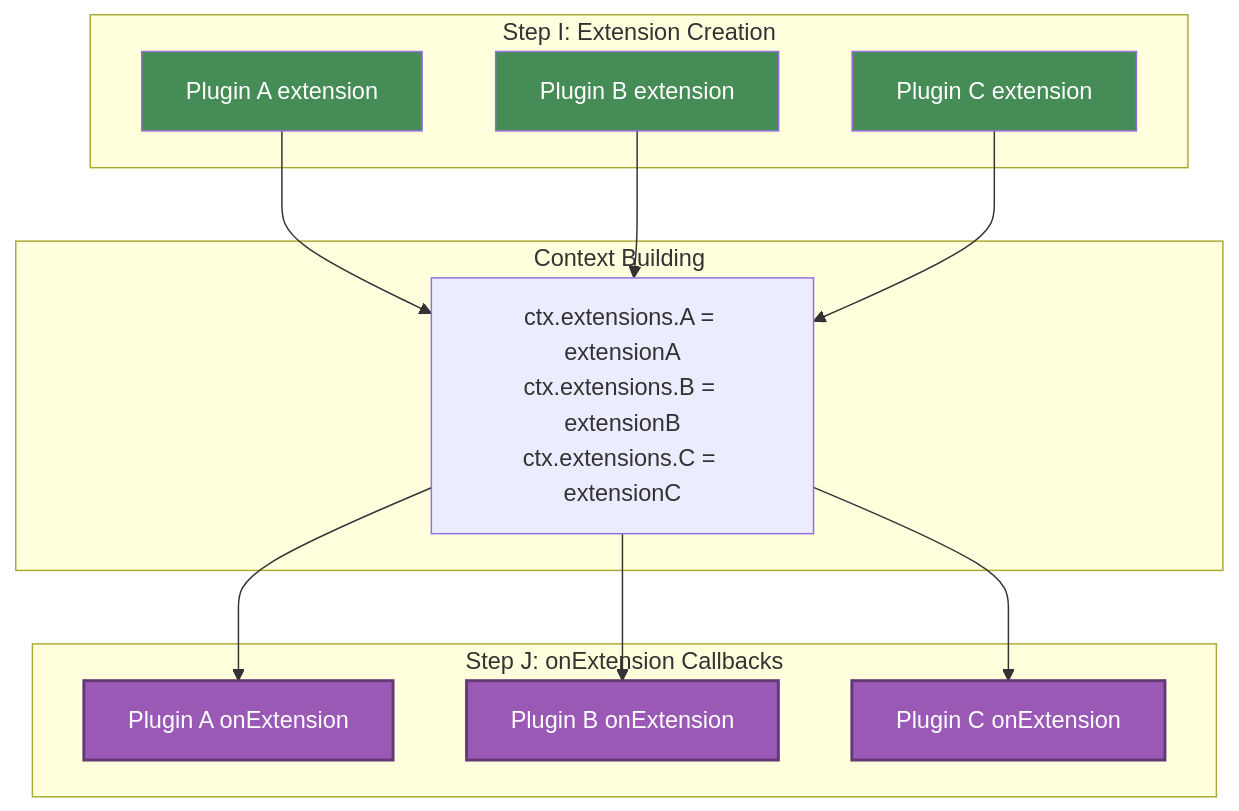
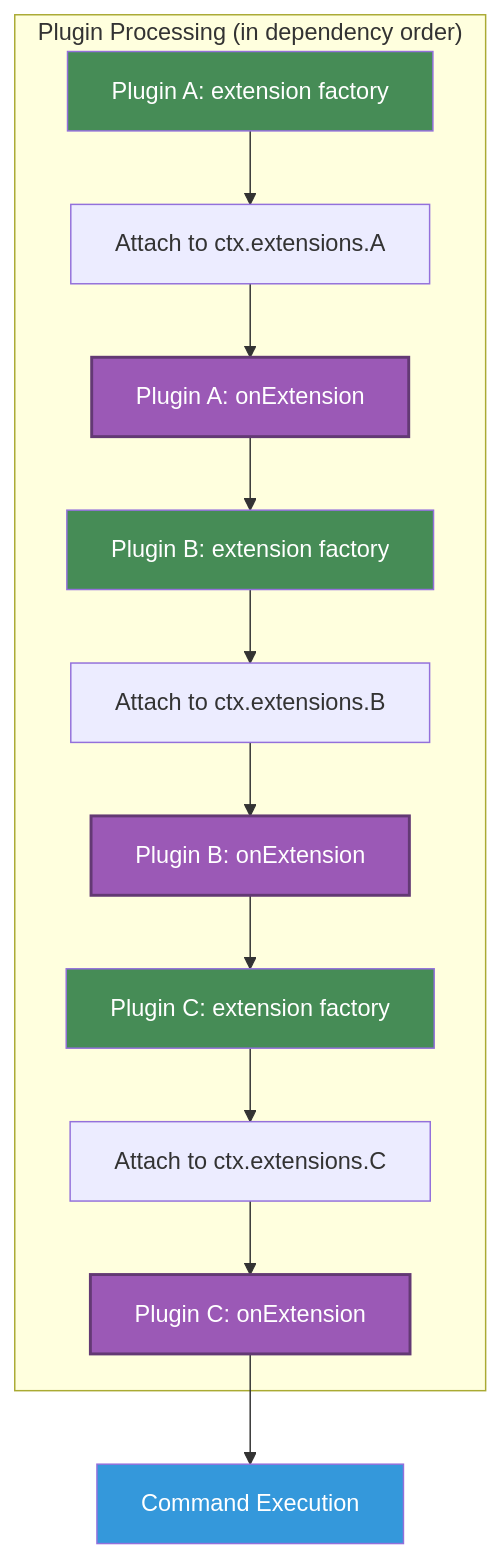
The diagram in packages/docs/src/guide/plugin/extensions.md (kazupon/gunshi), drawn with Mermaid before and after one commit. The commit also changed other lines of this file, not shown here.

Commit message:
docs: fix wrong description on extensions.md

````diff
--- a/packages/docs/src/guide/plugin/extensions.md
+++ b/packages/docs/src/guide/plugin/extensions.md
@@ -58,32 +58,23 @@
 ```mermaid
 graph TD
-    subgraph "Step I: Extension Creation"
-        I1[Plugin A extension]
-        I2[Plugin B extension]
-        I3[Plugin C extension]
+    subgraph "Plugin Processing (in dependency order)"
+        A1[Plugin A: extension factory] --> A2[Attach to ctx.extensions.A]
+        A2 --> A3[Plugin A: onExtension]
+        A3 --> B1[Plugin B: extension factory]
+        B1 --> B2[Attach to ctx.extensions.B]
+        B2 --> B3[Plugin B: onExtension]
+        B3 --> C1[Plugin C: extension factory]
+        C1 --> C2[Attach to ctx.extensions.C]
+        C2 --> C3[Plugin C: onExtension]
     end
 
-    subgraph "Context Building"
-        CTX[ctx.extensions.A = extensionA<br/>ctx.extensions.B = extensionB<br/>ctx.extensions.C = extensionC]
-    end
+    C3 --> CMD[Command Execution]
 
-    subgraph "Step J: onExtension Callbacks"
-        J1[Plugin A onExtension]
-        J2[Plugin B onExtension]
-        J3[Plugin C onExtension]
-    end
-
-    I1 --> CTX
-    I2 --> CTX
-    I3 --> CTX
-    CTX --> J1
-    CTX --> J2
-    CTX --> J3
-
-    style I1 fill:#468c56,color:white
-    style I2 fill:#468c56,color:white
-    style I3 fill:#468c56,color:white
-    style J1 fill:#9B59B6,stroke:#633974,stroke-width:2px,color:#fff
-    style J2 fill:#9B59B6,stroke:#633974,stroke-width:2px,color:#fff
-    style J3 fill:#9B59B6,stroke:#633974,stroke-width:2px,color:#fff
+    style A1 fill:#468c56,color:white
+    style B1 fill:#468c56,color:white
+    style C1 fill:#468c56,color:white
+    style A3 fill:#9B59B6,stroke:#633974,stroke-width:2px,color:#fff
+    style B3 fill:#9B59B6,stroke:#633974,stroke-width:2px,color:#fff
+    style C3 fill:#9B59B6,stroke:#633974,stroke-width:2px,color:#fff
+    style CMD fill:#3498db,color:white
 ```
````
